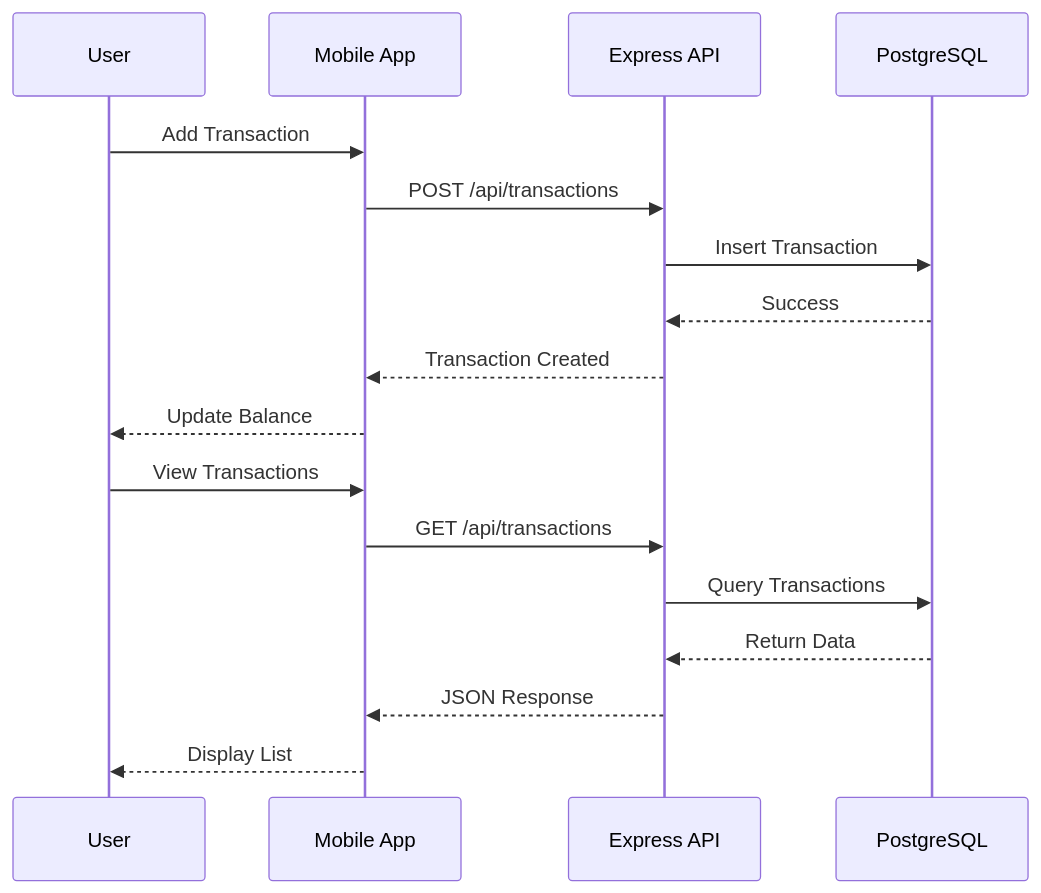
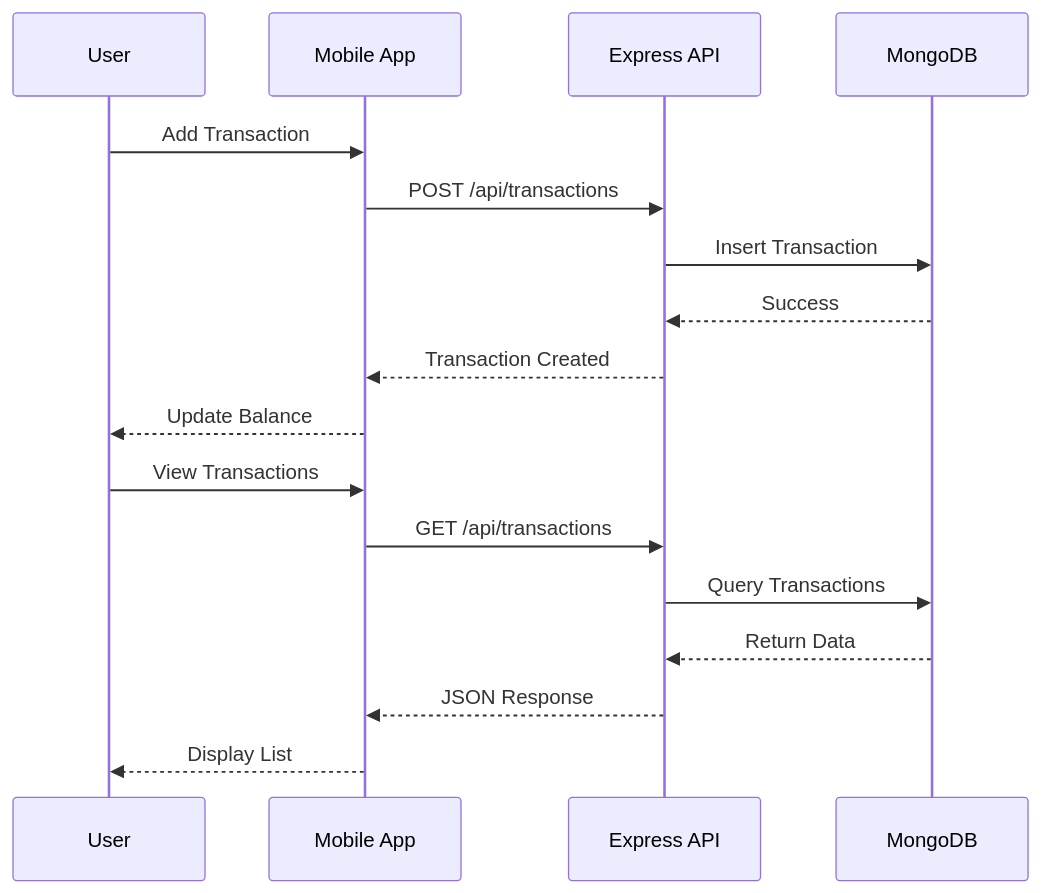
One commit to muajjiin/Trackify changed the second of 4 diagrams in README.md. Above: the diagram before and after it, drawn with Mermaid. The commit also changed other lines of this file, not shown here.

````diff
--- a/README.md
+++ b/README.md
@@ -173,21 +173,21 @@
 ```mermaid
 sequenceDiagram
     participant User
     participant Mobile as Mobile App
     participant Backend as Express API
-    participant DB as PostgreSQL
+    participant DB as MongoDB
     
     User->>Mobile: Add Transaction
     Mobile->>Backend: POST /api/transactions
     Backend->>DB: Insert Transaction
     DB-->>Backend: Success
     Backend-->>Mobile: Transaction Created
     Mobile-->>User: Update Balance
     
     User->>Mobile: View Transactions
     Mobile->>Backend: GET /api/transactions
     Backend->>DB: Query Transactions
     DB-->>Backend: Return Data
     Backend-->>Mobile: JSON Response
     Mobile-->>User: Display List
 ```
````
